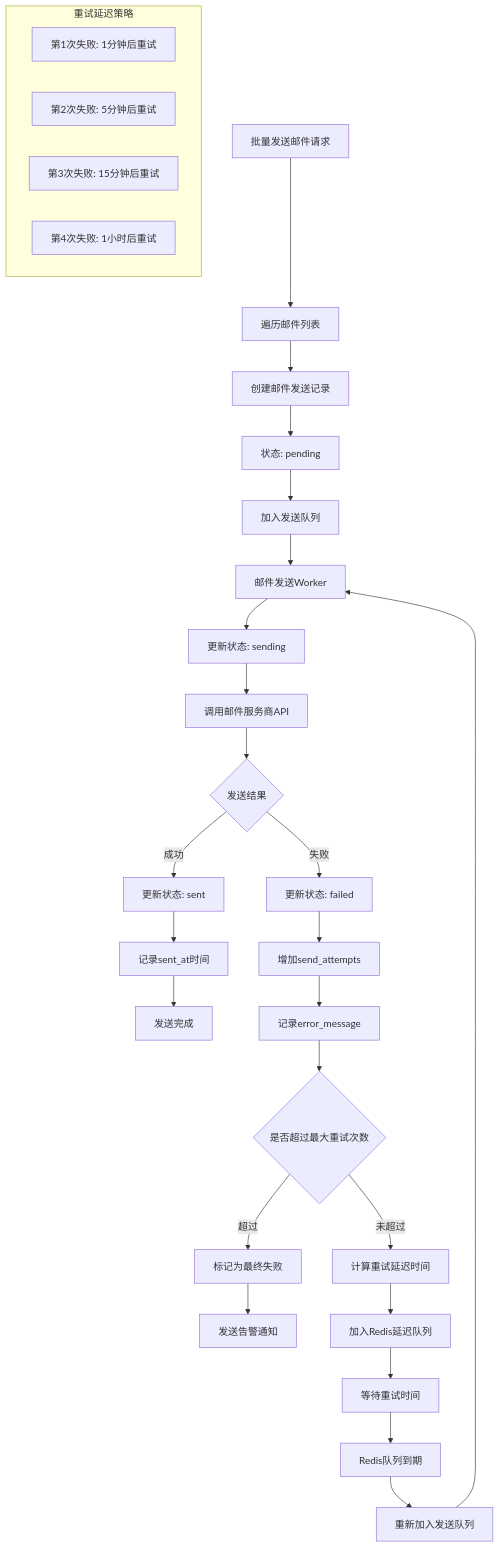
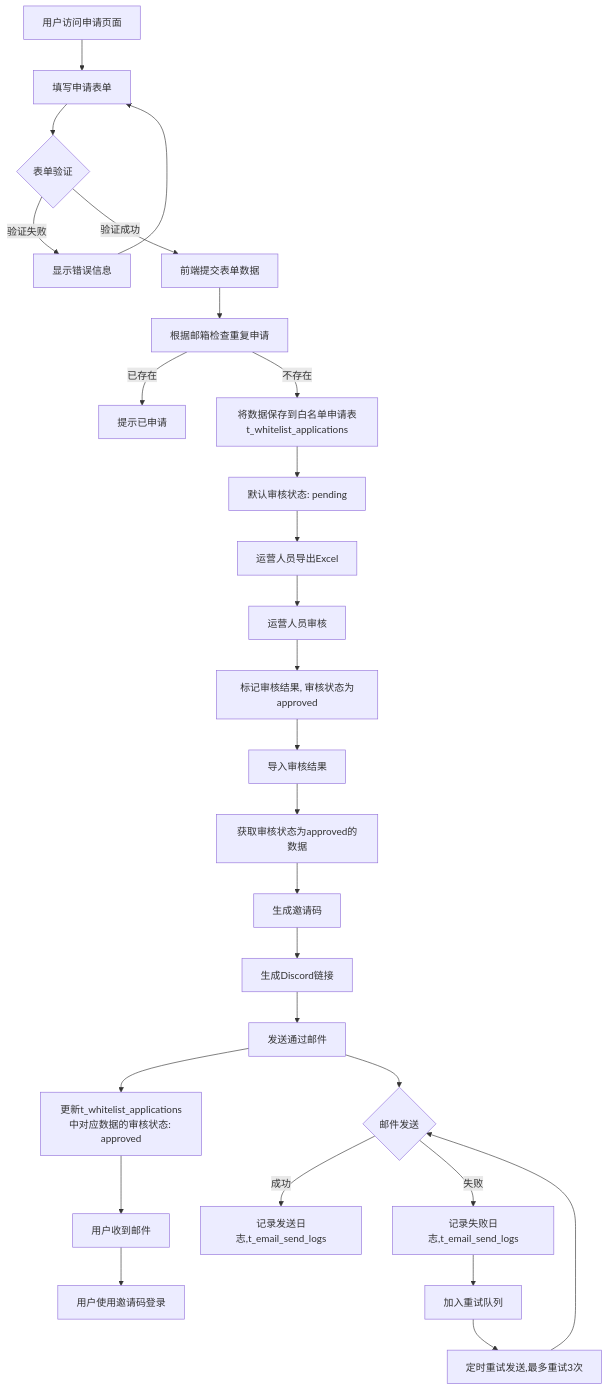
One commit to yingjianzh/iodraw-files changed the diagram in all/未命名-69.md. Above: the diagram before and after it, drawn with Mermaid.

Commit message:
2025-07-03 10:40:35 update

````diff
--- a/all/未命名-69.md
+++ b/all/未命名-69.md
@@ -1,38 +1,32 @@
 ```mermaid
 flowchart TD
-    A[批量发送邮件请求] --> B[遍历邮件列表]
-    B --> C[创建邮件发送记录]
-    C --> D[状态: pending]
-    D --> E[加入发送队列]
+    A[用户访问申请页面] --> B[填写申请表单]
+    B --> C{表单验证}
+    C -->|验证失败| D[显示错误信息]
+    D --> B
+    C -->|验证成功| E[前端提交表单数据]
+    E -->E1[根据邮箱检查重复申请]
+    E1 -->|已存在| F[提示已申请]
+    E1 -->|不存在| G[将数据保存到白名单申请表t_whitelist_applications]
+    G --> H[默认审核状态: pending]
     
-    E --> F[邮件发送Worker]
-    F --> G[更新状态: sending]
-    G --> H[调用邮件服务商API]
-    H --> I{发送结果}
+    H --> I[运营人员导出Excel]
+    I --> J[运营人员审核]
+    J --> K[标记审核结果, 审核状态为approved]
+    K --> L[导入审核结果]
+    L --> M[获取审核状态为approved的数据]
+    M --> N[生成邀请码]
+    N --> O[生成Discord链接]
+    O --> P[发送通过邮件]
+    P --> Q[更新t_whitelist_applications中对应数据的审核状态: approved]
     
-    I -->|成功| J[更新状态: sent]
-    J --> K[记录sent_at时间]
-    K --> L[发送完成]
+    P --> T{邮件发送}
+    T -->|成功| U[记录发送日志,t_email_send_logs]
+    T -->|失败| V[记录失败日志,t_email_send_logs]
+    V --> W[加入重试队列]
+    W --> X[定时重试发送,最多重试3次]
+    X --> T
     
-    I -->|失败| M[更新状态: failed]
-    M --> N[增加send_attempts]
-    N --> O[记录error_message]
-    O --> P{是否超过最大重试次数}
-    
-    P -->|超过| Q[标记为最终失败]
-    Q --> R[发送告警通知]
-    
-    P -->|未超过| S[计算重试延迟时间]
-    S --> T[加入Redis延迟队列]
-    T --> U[等待重试时间]
-    U --> V[Redis队列到期]
-    V --> W[重新加入发送队列]
-    W --> F
-    
-    subgraph "重试延迟策略"
-        S1[第1次失败: 1分钟后重试]
-        S2[第2次失败: 5分钟后重试]
-        S3[第3次失败: 15分钟后重试]
-        S4[第4次失败: 1小时后重试]
-    end
+    Q --> Y[用户收到邮件]
+    Y --> Z[用户使用邀请码登录]
 ```
````
